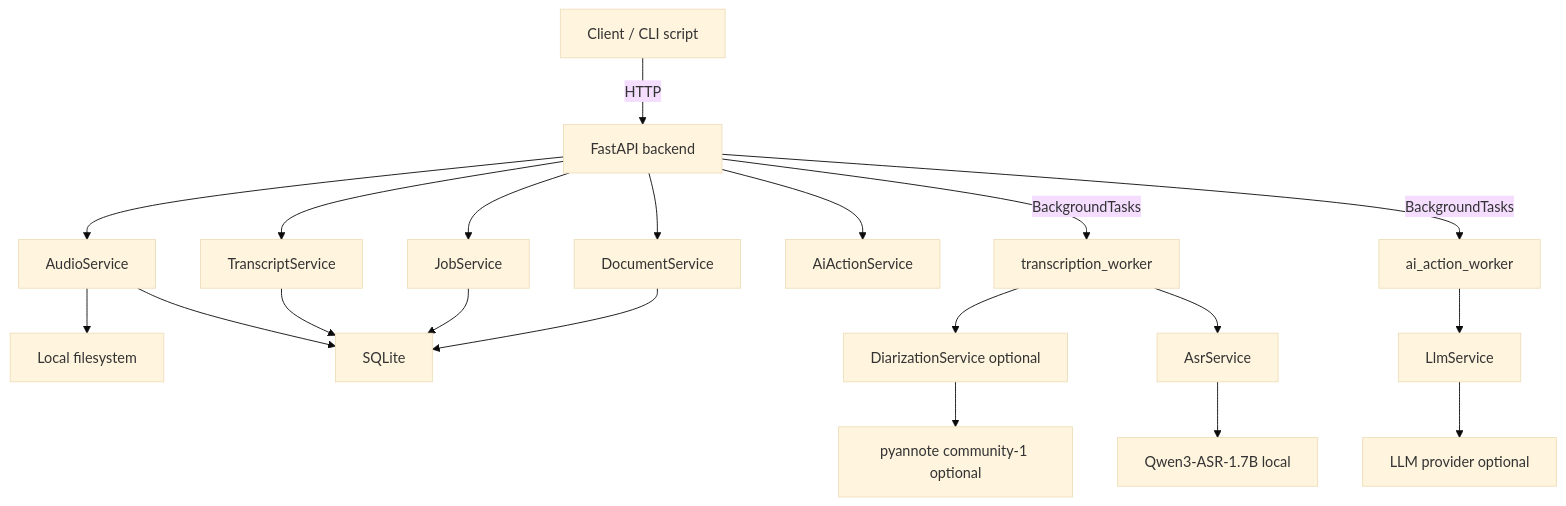
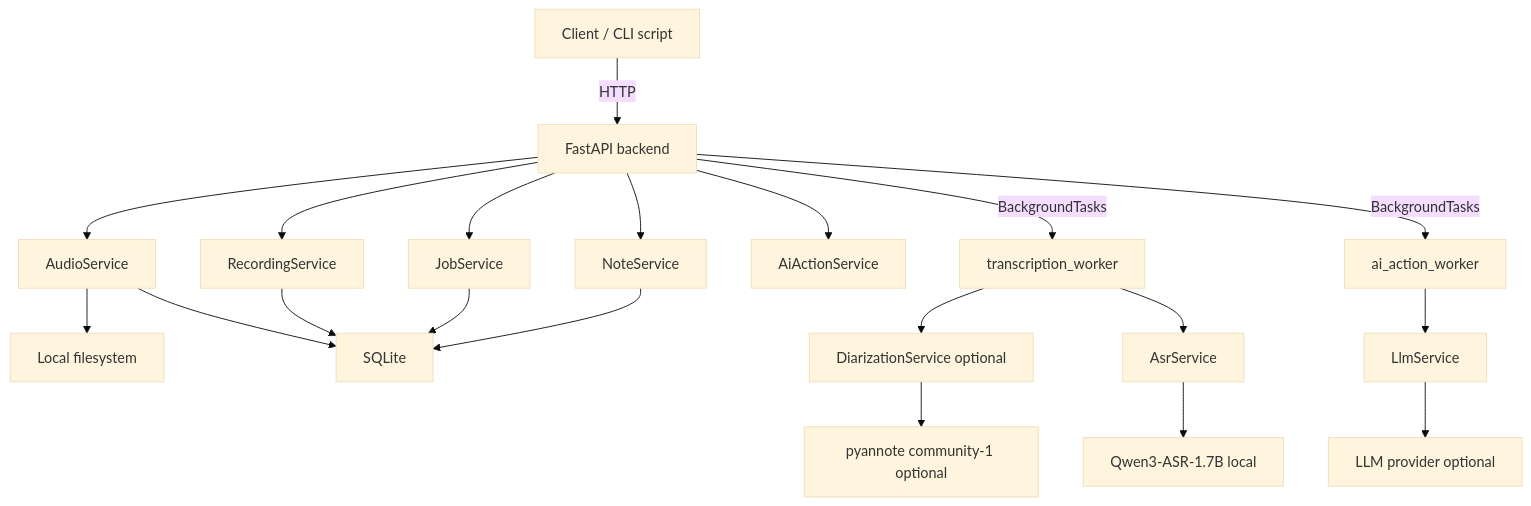
One commit to cyborgoat/finch changed the diagram in docs/architecture.md. Above: the diagram before and after it, drawn with Mermaid (base theme). The commit also changed other lines of this file and 116 other files, not shown here.

````diff
--- a/docs/architecture.md
+++ b/docs/architecture.md
@@ -11,22 +11,22 @@
 ```mermaid
 flowchart TD
     client["Client / CLI script"] -->|HTTP| api["FastAPI backend"]
     api --> audioSvc["AudioService"]
     api --> jobSvc["JobService"]
-    api --> transcriptSvc["TranscriptService"]
-    api --> docSvc["DocumentService"]
+    api --> transcriptSvc["RecordingService"]
+    api --> docSvc["NoteService"]
     api --> aiSvc["AiActionService"]
     audioSvc --> fs["Local filesystem"]
     audioSvc --> db["SQLite"]
     transcriptSvc --> db
     jobSvc --> db
     docSvc --> db
     api -->|BackgroundTasks| txWorker["transcription_worker"]
     api -->|BackgroundTasks| aiWorker["ai_action_worker"]
     txWorker --> diarSvc["DiarizationService optional"]
     txWorker --> asrSvc["AsrService"]
     asrSvc --> qwen["Qwen3-ASR-1.7B local"]
     diarSvc --> pyannote["pyannote community-1 optional"]
     aiWorker --> llmSvc["LlmService"]
     llmSvc --> provider["LLM provider optional"]
 ```
````
